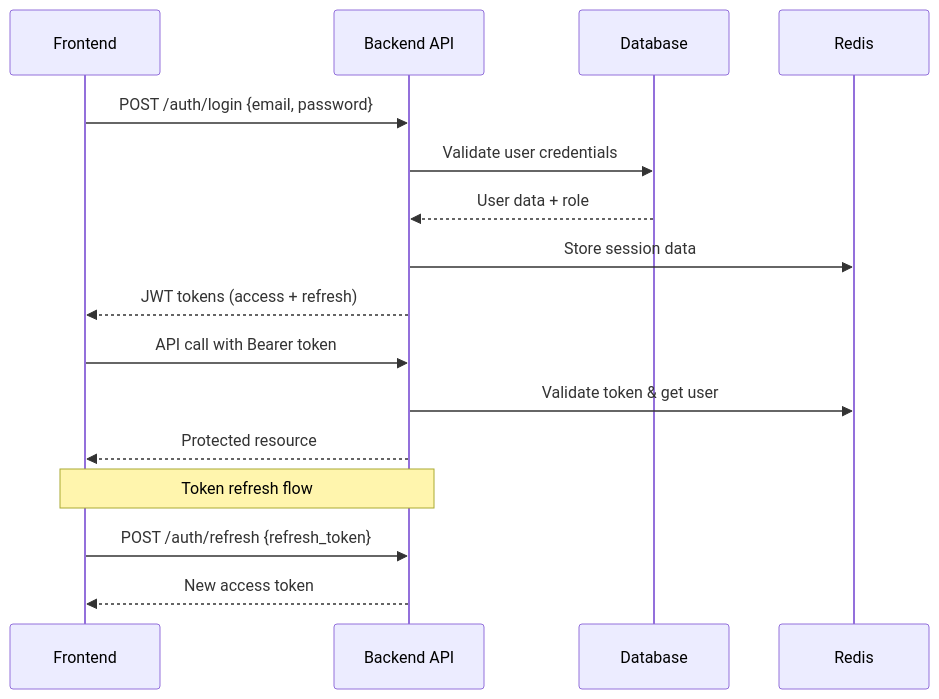
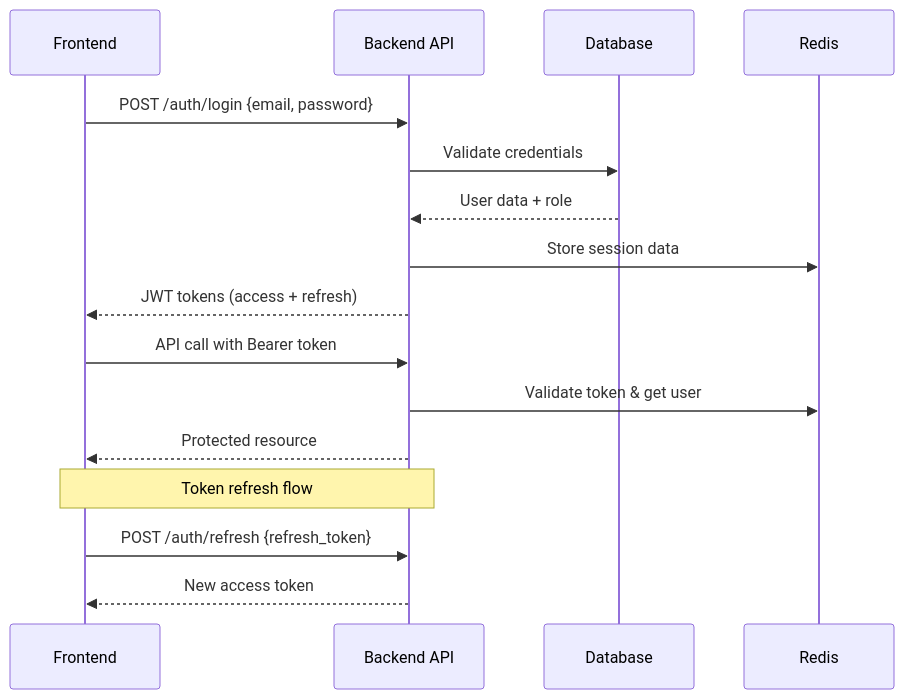
The first of 2 diagrams in README.md (iSHOURIYA/FraudNet.AI), drawn with Mermaid before and after one commit. The commit also changed other lines of this file, not shown here.

````diff
--- a/README.md
+++ b/README.md
@@ -327,21 +411,21 @@
 ```mermaid
 sequenceDiagram
     participant UI as Frontend
     participant API as Backend API
     participant DB as Database
     participant Cache as Redis
 
     UI->>API: POST /auth/login {email, password}
-    API->>DB: Validate user credentials
+    API->>DB: Validate credentials
     DB-->>API: User data + role
     API->>Cache: Store session data
     API-->>UI: JWT tokens (access + refresh)
-    
+
     UI->>API: API call with Bearer token
     API->>Cache: Validate token & get user
     API-->>UI: Protected resource
-    
+
     Note over UI,API: Token refresh flow
     UI->>API: POST /auth/refresh {refresh_token}
     API-->>UI: New access token
 ```
````
